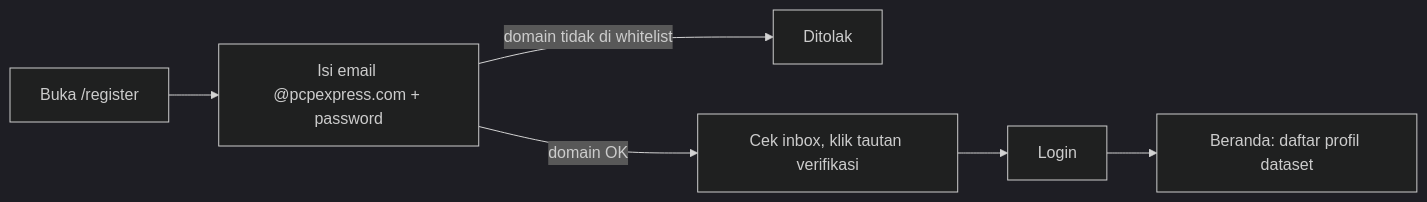
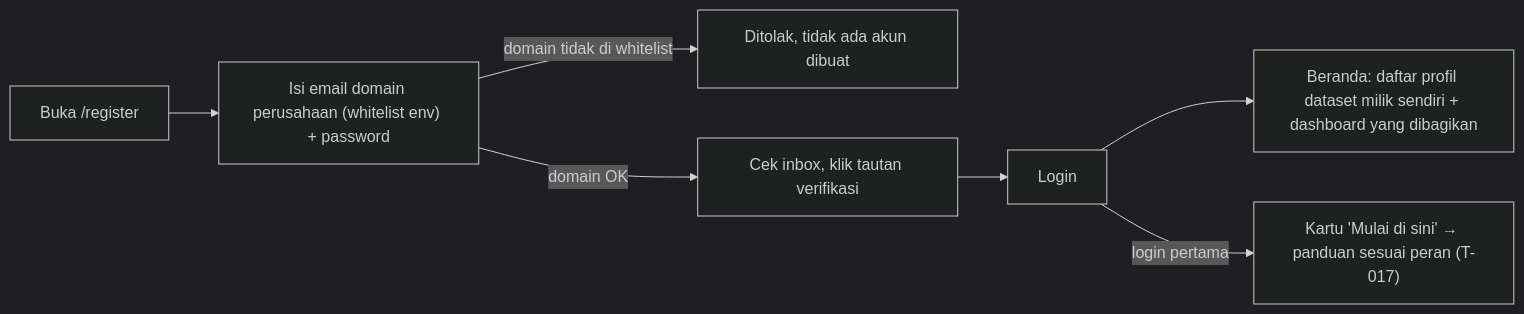
The first of 9 diagrams in docs/flow-kerja.md (anas-fikri/data-dashboard), drawn with Mermaid (dark theme) before and after one commit. The commit also changed other lines of this file and 10 other files, not shown here.

Commit message:
docs: revisi 2 flow kerja — koreksi refresh, validasi CSV, raw+typed Parquet, cache per versi; tambah T-018 admin pengguna

````diff
--- a/docs/flow-kerja.md
+++ b/docs/flow-kerja.md
@@ -10,7 +25,8 @@
 ```mermaid
 flowchart LR
-  R[Buka /register] --> E[Isi email @pcpexpress.com + password]
-  E -->|domain tidak di whitelist| X[Ditolak]
-  E -->|domain OK| V[Cek inbox, klik tautan verifikasi]
-  V --> L[Login] --> H[Beranda: daftar profil dataset]
+  R["Buka /register"] --> E["Isi email domain perusahaan (whitelist env) + password"]
+  E -->|domain tidak di whitelist| X["Ditolak, tidak ada akun dibuat"]
+  E -->|domain OK| V["Cek inbox, klik tautan verifikasi"]
+  V --> L["Login"] --> H["Beranda: daftar profil dataset milik sendiri + dashboard yang dibagikan"]
+  L -->|login pertama| MS["Kartu 'Mulai di sini' → panduan sesuai peran (T-017)"]
 ```
````
